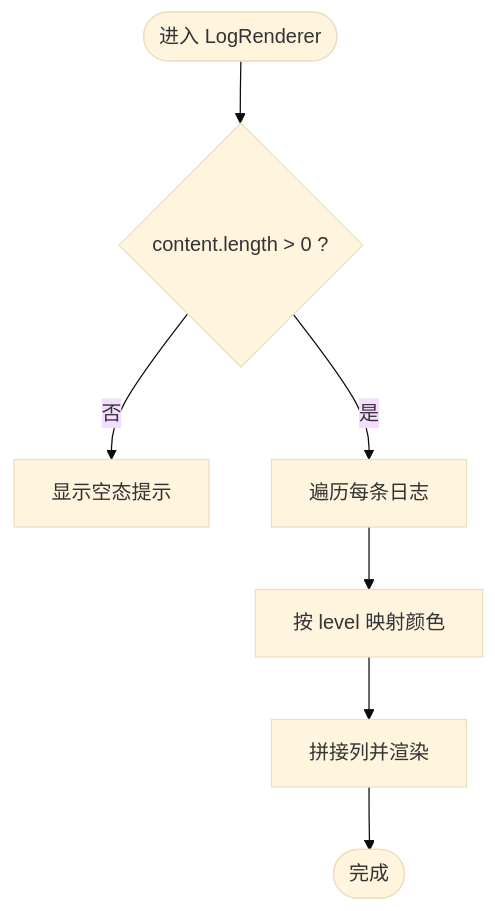
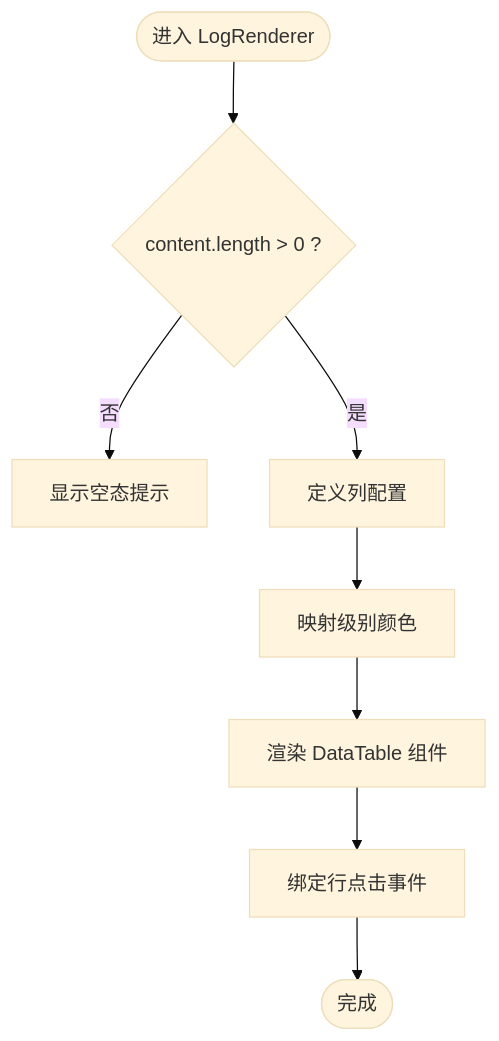
One commit to taoweidong/Hello-Tauri changed the fifth of 9 diagrams in .qoder/repowiki/zh/content/插件系统/插件开发教程/解析器插件开发/渲染器集成.md. Above: the diagram before and after it, drawn with Mermaid (base theme). The commit also changed other lines of this file and 62 other files, not shown here.

````diff
--- a/.qoder/repowiki/zh/content/插件系统/插件开发教程/解析器插件开发/渲染器集成.md
+++ b/.qoder/repowiki/zh/content/插件系统/插件开发教程/解析器插件开发/渲染器集成.md
@@ -235,9 +273,10 @@
 ```mermaid
 flowchart TD
 S(["进入 LogRenderer"]) --> Len{"content.length > 0 ?"}
 Len --> |否| E["显示空态提示"]
-Len --> |是| Loop["遍历每条日志"]
-Loop --> Color["按 level 映射颜色"]
-Color --> Row["拼接列并渲染"]
-Row --> Done(["完成"])
+Len --> |是| DefineCols["定义列配置"]
+DefineCols --> ColorMap["映射级别颜色"]
+ColorMap --> DataTable["渲染 DataTable 组件"]
+DataTable --> RowClick["绑定行点击事件"]
+RowClick --> Done(["完成"])
 ```
````
